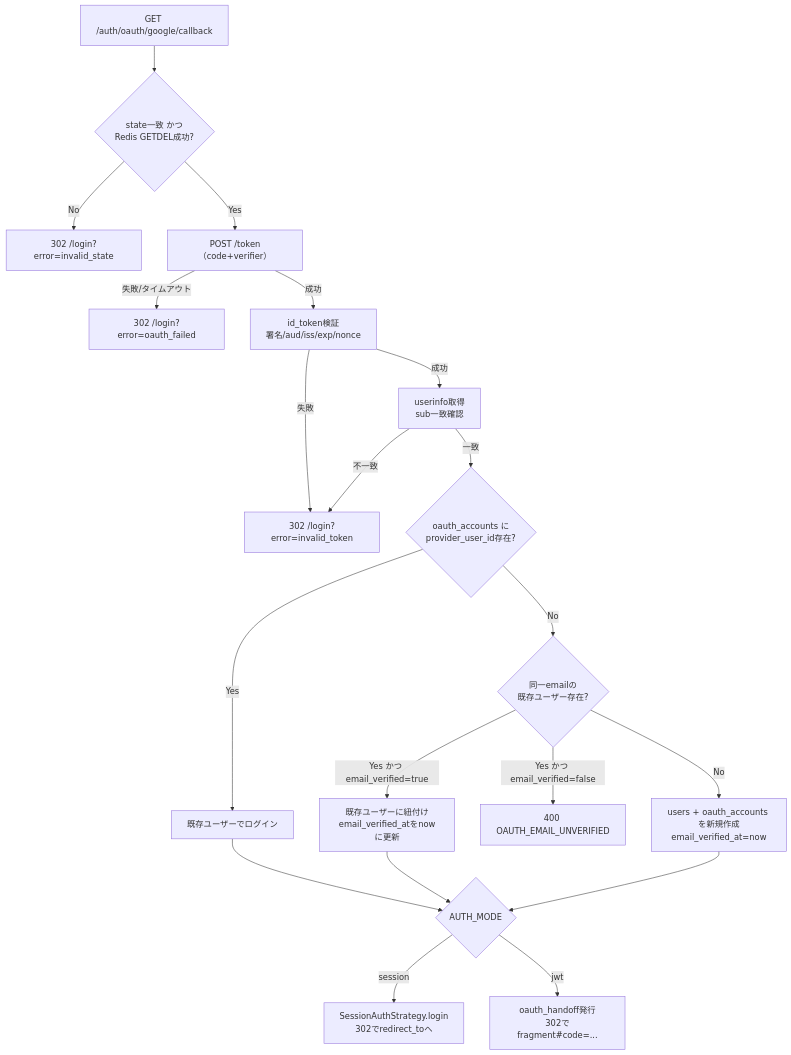
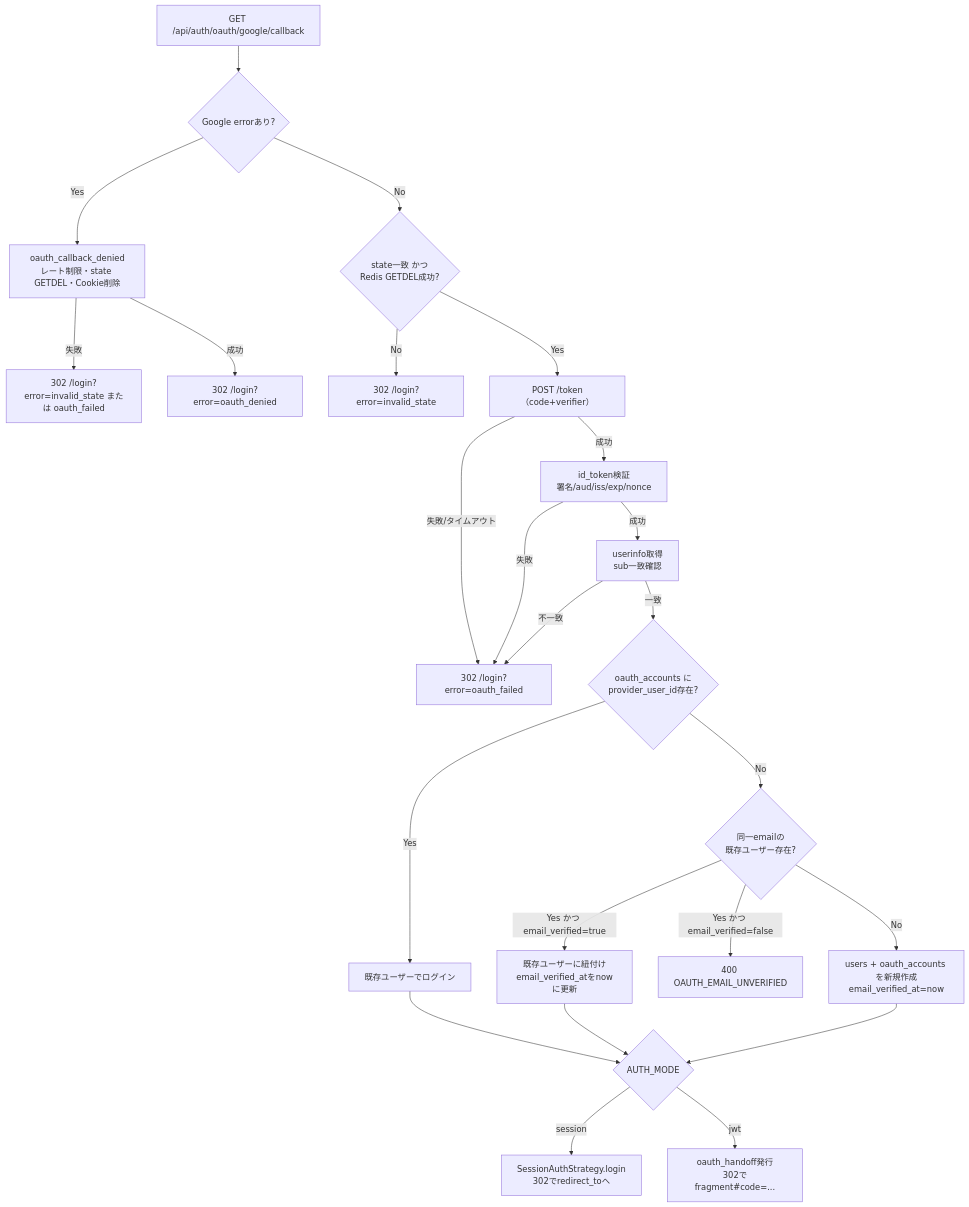
The third of 5 diagrams in docs/detailed_design/auth/04_google_oauth.md (oikawa-d/task_management), drawn with Mermaid before and after one commit. The commit also changed other lines of this file and 8 other files, not shown here.

````diff
--- a/docs/detailed_design/auth/04_google_oauth.md
+++ b/docs/detailed_design/auth/04_google_oauth.md
@@ -127,22 +127,26 @@
 ```mermaid
 flowchart TB
-    A["GET /auth/oauth/google/callback"] --> B{"state一致 かつ<br/>Redis GETDEL成功?"}
-    B -->|No| Z1["302 /login?error=invalid_state"]
-    B -->|Yes| C["POST /token（code+verifier）"]
-    C -->|失敗/タイムアウト| Z2["302 /login?error=oauth_failed"]
-    C -->|成功| D["id_token検証<br/>署名/aud/iss/exp/nonce"]
-    D -->|失敗| Z3["302 /login?error=invalid_token"]
-    D -->|成功| E["userinfo取得<br/>sub一致確認"]
-    E -->|不一致| Z3
-    E -->|一致| F{"oauth_accounts に<br/>provider_user_id存在?"}
-    F -->|Yes| G["既存ユーザーでログイン"]
-    F -->|No| H{"同一emailの<br/>既存ユーザー存在?"}
-    H -->|Yes かつ email_verified=true| I["既存ユーザーに紐付け<br/>email_verified_atをnowに更新"]
-    H -->|Yes かつ email_verified=false| Z4["400 OAUTH_EMAIL_UNVERIFIED"]
-    H -->|No| J["users + oauth_accounts を新規作成<br/>email_verified_at=now"]
-    G --> K{"AUTH_MODE"}
-    I --> K
-    J --> K
-    K -->|session| L["SessionAuthStrategy.login<br/>302でredirect_toへ"]
-    K -->|jwt| M["oauth_handoff発行<br/>302でfragment#code=..."]
+    A["GET /api/auth/oauth/google/callback"] --> B{"Google errorあり?"}
+    B -->|Yes| C["oauth_callback_denied<br/>レート制限・state GETDEL・Cookie削除"]
+    C -->|失敗| Z0["302 /login?error=invalid_state または oauth_failed"]
+    C -->|成功| ZD["302 /login?error=oauth_denied"]
+    B -->|No| D{"state一致 かつ<br/>Redis GETDEL成功?"}
+    D -->|No| Z1["302 /login?error=invalid_state"]
+    D -->|Yes| E["POST /token（code+verifier）"]
+    E -->|失敗/タイムアウト| Z2["302 /login?error=oauth_failed"]
+    E -->|成功| F["id_token検証<br/>署名/aud/iss/exp/nonce"]
+    F -->|失敗| Z2
+    F -->|成功| G["userinfo取得<br/>sub一致確認"]
+    G -->|不一致| Z2
+    G -->|一致| H{"oauth_accounts に<br/>provider_user_id存在?"}
+    H -->|Yes| I["既存ユーザーでログイン"]
+    H -->|No| J{"同一emailの<br/>既存ユーザー存在?"}
+    J -->|Yes かつ email_verified=true| K["既存ユーザーに紐付け<br/>email_verified_atをnowに更新"]
+    J -->|Yes かつ email_verified=false| Z3["400 OAUTH_EMAIL_UNVERIFIED"]
+    J -->|No| L["users + oauth_accounts を新規作成<br/>email_verified_at=now"]
+    I --> M{"AUTH_MODE"}
+    K --> M
+    L --> M
+    M -->|session| N["SessionAuthStrategy.login<br/>302でredirect_toへ"]
+    M -->|jwt| O["oauth_handoff発行<br/>302でfragment#code=..."]
 ```
````
